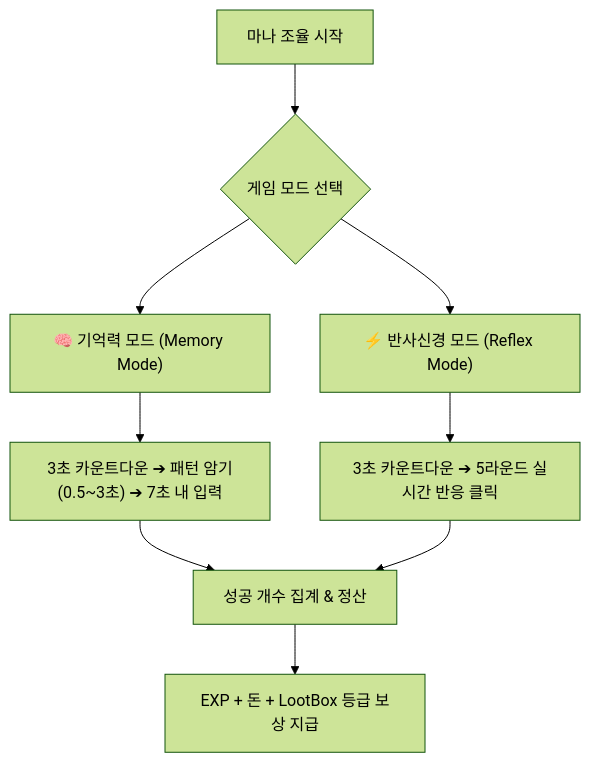
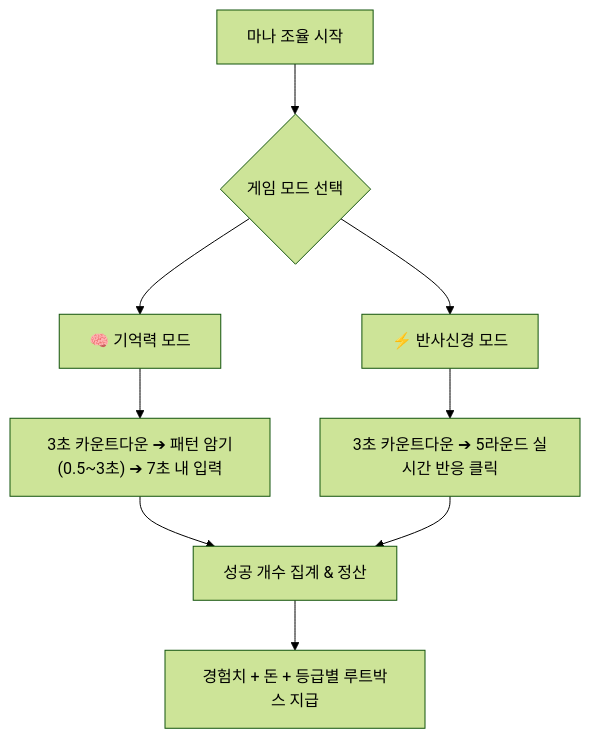
The diagram in guide/06-2-3.md (013noru/Dolphin), drawn with Mermaid (forest theme) before and after one commit. The commit also changed other lines of this file and 16 other files, not shown here.

````diff
--- a/guide/06-2-3.md
+++ b/guide/06-2-3.md
@@ -270,11 +270,11 @@
 ```mermaid
 flowchart TD
     A["마나 조율 시작"] --> B{"게임 모드 선택"}
-    B --> C["🧠 기억력 모드 (Memory Mode)"]
-    B --> D["⚡ 반사신경 모드 (Reflex Mode)"]
+    B --> C["🧠 기억력 모드"]
+    B --> D["⚡ 반사신경 모드"]
     C --> E["3초 카운트다운 ➔ 패턴 암기(0.5~3초) ➔ 7초 내 입력"]
     D --> F["3초 카운트다운 ➔ 5라운드 실시간 반응 클릭"]
     E --> G["성공 개수 집계 & 정산"]
     F --> G
-    G --> H["EXP + 돈 + LootBox 등급 보상 지급"]
+    G --> H["경험치 + 돈 + 등급별 루트박스 지급"]
 ```
````
